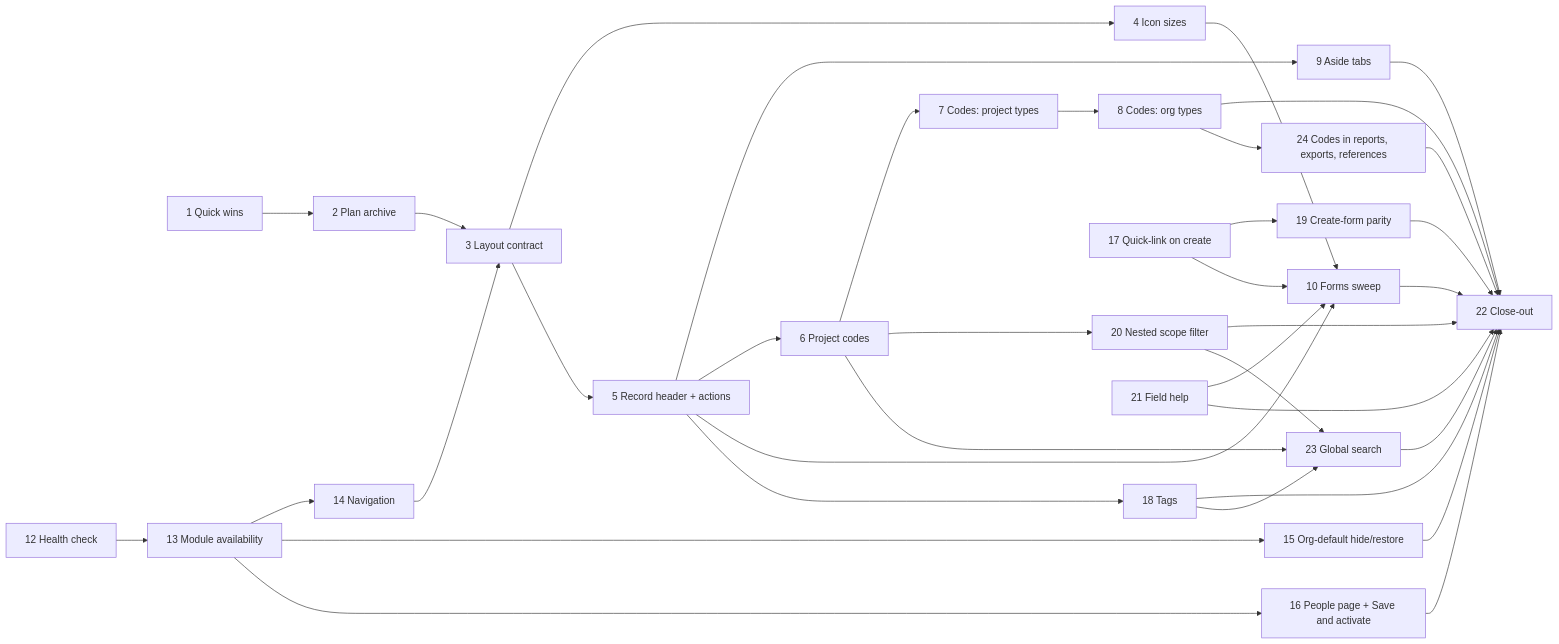
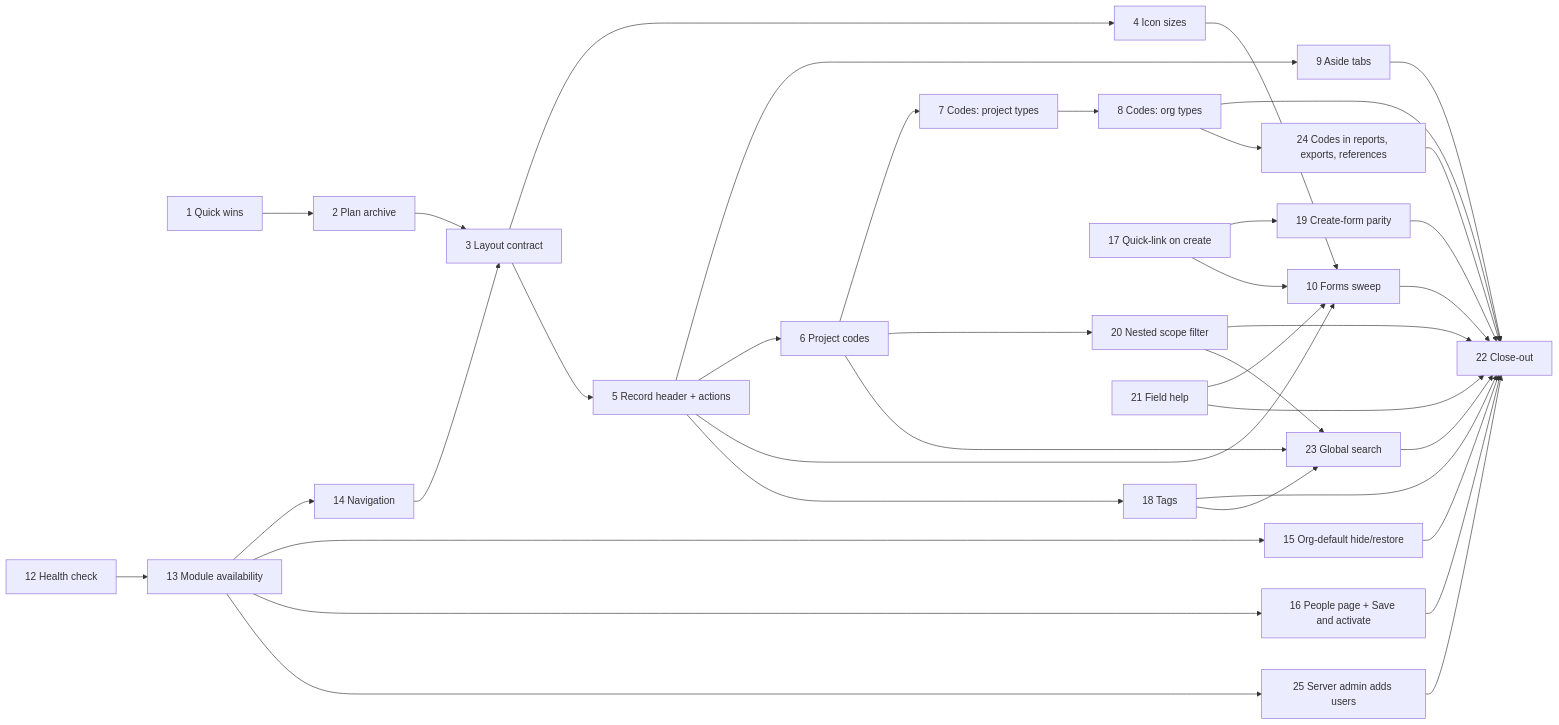
One commit to ballardr/reqtrackmanager changed the first of 3 diagrams in docs/plans/platform-review-2026-10-plan.md. Above: the diagram before and after it, drawn with Mermaid. The commit also changed other lines of this file and 115 other files, not shown here.

````diff
--- a/docs/plans/platform-review-2026-10-plan.md
+++ b/docs/plans/platform-review-2026-10-plan.md
@@ -36,34 +37,35 @@
 ```mermaid
 flowchart LR
     P1["1 Quick wins"] --> P2["2 Plan archive"] --> P3["3 Layout contract"]
     P3 --> P4["4 Icon sizes"]
     P3 --> P5["5 Record header + actions"]
     P5 --> P9["9 Aside tabs"]
     P5 --> P6["6 Project codes"]
     P6 --> P7["7 Codes: project types"] --> P8["8 Codes: org types"]
     P4 --> P10["10 Forms sweep"]
     P5 --> P10
     P9 --> P22["22 Close-out"]
     P10 --> P22
     P8 --> P22
     P12["12 Health check"] --> P13["13 Module availability"] --> P14["14 Navigation"] --> P3
     P13 --> P15["15 Org-default hide/restore"]
     P13 --> P16["16 People page + Save and activate"]
     P5 --> P18["18 Tags"]
     P17["17 Quick-link on create"] --> P19["19 Create-form parity"]
     P6 --> P20["20 Nested scope filter"]
     P21["21 Field help"] --> P10
     P15 --> P22
     P16 --> P22
     P18 --> P22
     P19 --> P22
     P20 --> P22
     P21 --> P22
     P17 --> P10
     P6 --> P23["23 Global search"]
     P18 --> P23
     P20 --> P23
     P23 --> P22
     P8 --> P24["24 Codes in reports, exports, references"]
     P24 --> P22
+    P13 --> P25["25 Server admin adds users"] --> P22
 ```
````
